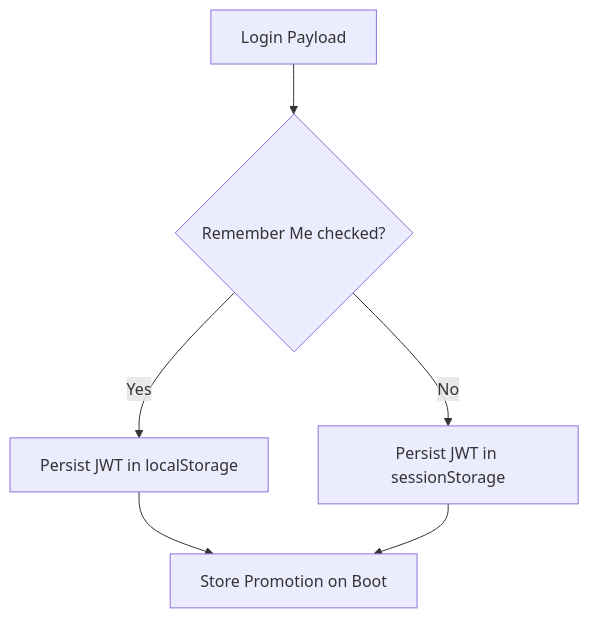
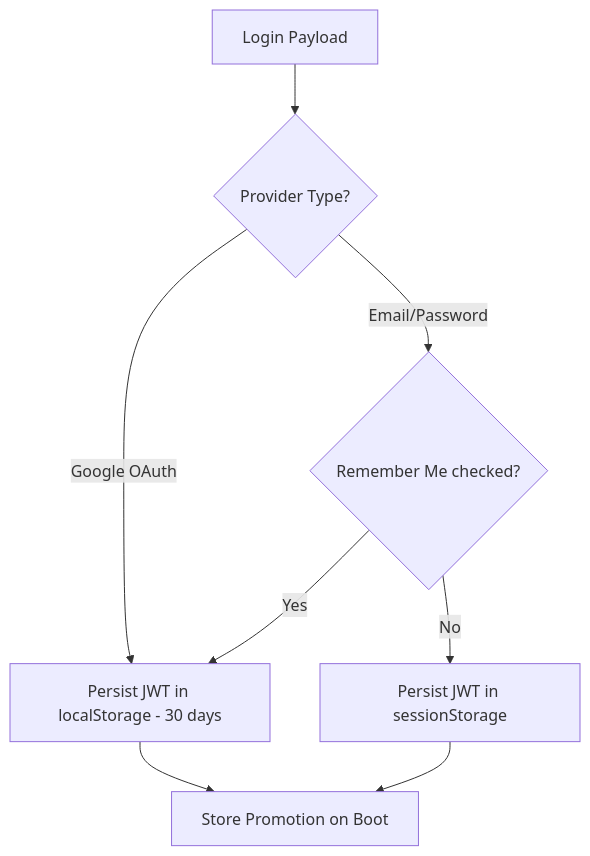
The diagram in docs/AUTHENTICATION_PERSISTENCE.md (akvo/science-for-africa), drawn with Mermaid before and after one commit. The commit also changed other lines of this file and 1 other file, not shown here.

Commit message:
[#15] docs(auth): add google oauth spec and update persistence

````diff
--- a/docs/AUTHENTICATION_PERSISTENCE.md
+++ b/docs/AUTHENTICATION_PERSISTENCE.md
@@ -26,8 +29,10 @@
 ```mermaid
 graph TD
-    A[Login Payload] --> B{Remember Me checked?}
-    B -->|Yes| C[Persist JWT in localStorage]
-    B -->|No| D[Persist JWT in sessionStorage]
-    C --> E[Store Promotion on Boot]
-    D --> E
+    A[Login Payload] --> B{Provider Type?}
+    B -->|Email/Password| C{Remember Me checked?}
+    B -->|Google OAuth| D[Persist JWT in localStorage - 30 days]
+    C -->|Yes| D
+    C -->|No| E[Persist JWT in sessionStorage]
+    D --> F[Store Promotion on Boot]
+    E --> F
 ```
````
